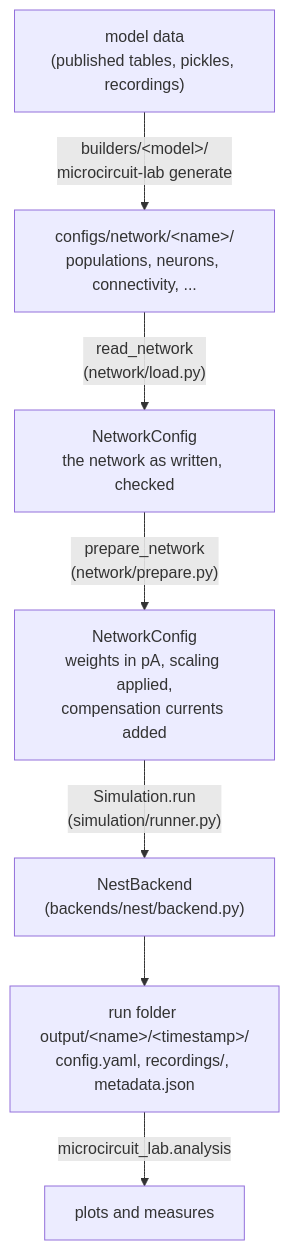
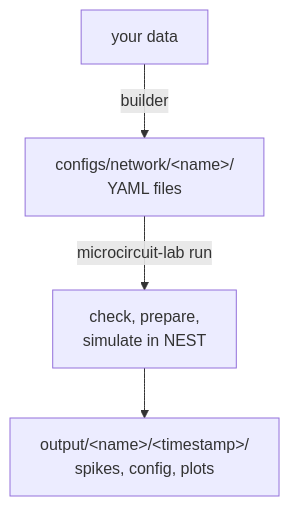
Before and after one commit to shimoura/microcircuit-lab: the first of 2 diagrams in microcircuit_lab/README.md, drawn with Mermaid. The commit also changed other lines of this file and 7 other files, not shown here.

````diff
--- a/microcircuit_lab/README.md
+++ b/microcircuit_lab/README.md
@@ -71,9 +45,7 @@
 ```mermaid
+%%{init: {"flowchart": {"wrappingWidth": 400}}}%%
 flowchart TD
-  data["model data<br/>(published tables, pickles, recordings)"] -->|"builders/&lt;model&gt;/<br/>microcircuit-lab generate"| files
-  files["configs/network/&lt;name&gt;/<br/>populations, neurons, connectivity, ..."] -->|"read_network<br/>(network/load.py)"| net["NetworkConfig<br/>the network as written, checked"]
-  net -->|"prepare_network<br/>(network/prepare.py)"| ready["NetworkConfig<br/>weights in pA, scaling applied,<br/>compensation currents added"]
-  ready -->|"Simulation.run<br/>(simulation/runner.py)"| nest["NestBackend<br/>(backends/nest/backend.py)"]
-  nest --> run["run folder output/&lt;name&gt;/&lt;timestamp&gt;/<br/>config.yaml, recordings/, metadata.json"]
-  run -->|"microcircuit_lab.analysis"| plots["plots and measures"]
+  D["your data"] -->|builder| F["configs/network/&lt;name&gt;/<br/>YAML files"]
+  F -->|"microcircuit-lab run"| S["check, prepare,<br/>simulate in NEST"]
+  S --> R["output/&lt;name&gt;/&lt;timestamp&gt;/<br/>spikes, config, plots"]
 ```
````
